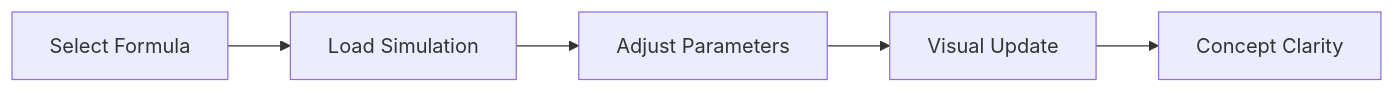
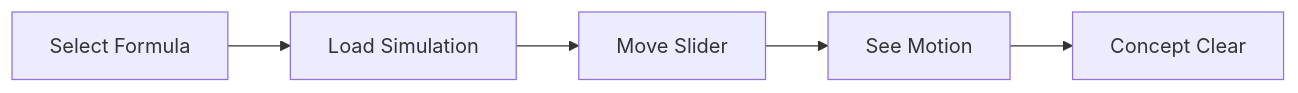
The diagram in README.md (nirmalyamohanty/phyzics), drawn with Mermaid before and after one commit. The commit also changed other lines of this file, not shown here.

Commit message:
Revise README for clarity and updates

````diff
--- a/README.md
+++ b/README.md
@@ -136,7 +103,7 @@
 ```mermaid
 flowchart LR
 A[Select Formula] --> B[Load Simulation]
-B --> C[Adjust Parameters]
-C --> D[Visual Update]
-D --> E[Concept Clarity]
+B --> C[Move Slider]
+C --> D[See Motion]
+D --> E[Concept Clear]
 ```
````
